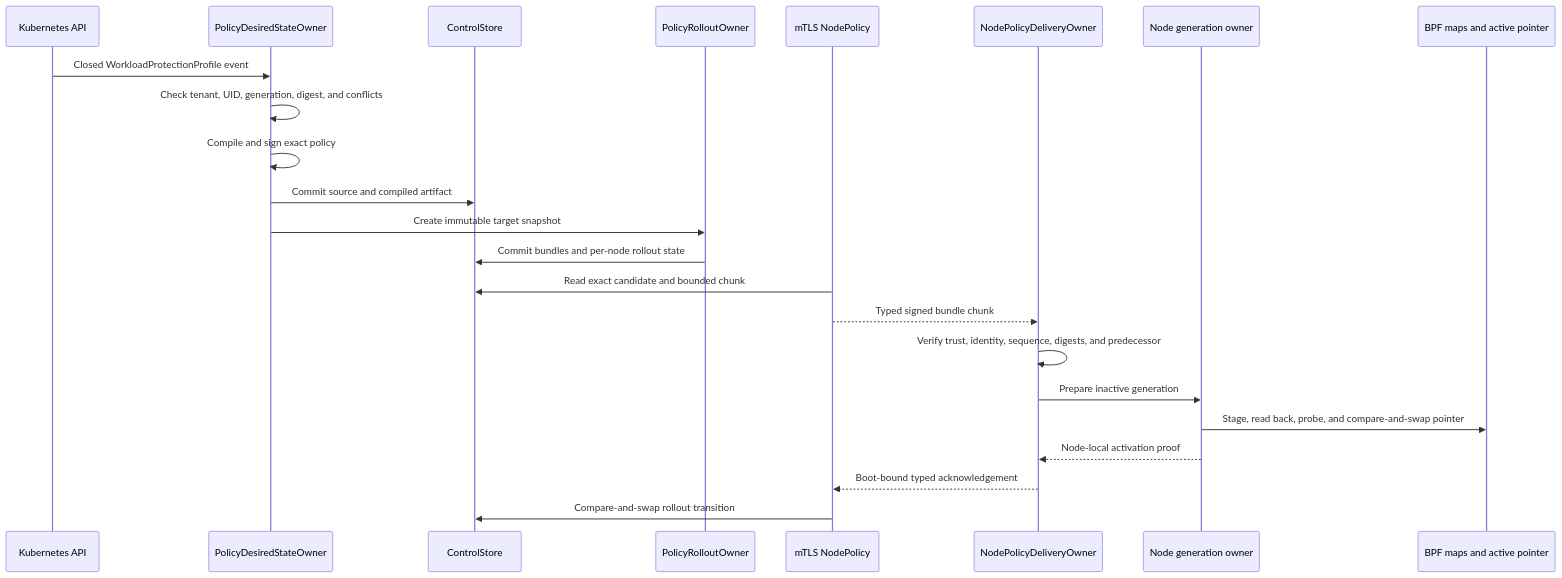
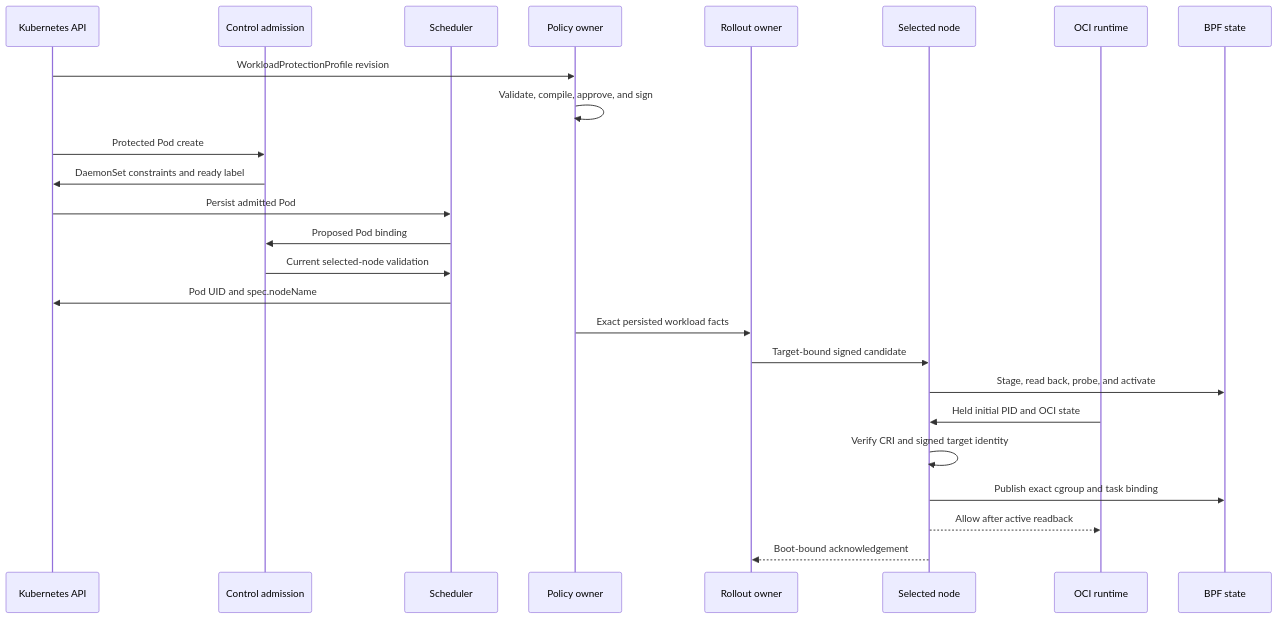
The first of 2 diagrams in docs/plans/mithril-hugging-face-intrusion-prevention/phase-6-2-implementation-review.md (Ereborlabs/erebor-runtime), drawn with Mermaid before and after one commit. The commit also changed other lines of this file and 3 other files, not shown here.

````diff
--- a/docs/plans/mithril-hugging-face-intrusion-prevention/phase-6-2-implementation-review.md
+++ b/docs/plans/mithril-hugging-face-intrusion-prevention/phase-6-2-implementation-review.md
@@ -70,25 +93,27 @@
 ```mermaid
 sequenceDiagram
     participant API as Kubernetes API
-    participant Desired as PolicyDesiredStateOwner
-    participant Store as ControlStore
-    participant Rollout as PolicyRolloutOwner
-    participant RPC as mTLS NodePolicy
-    participant Delivery as NodePolicyDeliveryOwner
-    participant Activation as Node generation owner
-    participant Kernel as BPF maps and active pointer
-    API->>Desired: Closed WorkloadProtectionProfile event
-    Desired->>Desired: Check tenant, UID, generation, digest, and conflicts
-    Desired->>Desired: Compile and sign exact policy
-    Desired->>Store: Commit source and compiled artifact
-    Desired->>Rollout: Create immutable target snapshot
-    Rollout->>Store: Commit bundles and per-node rollout state
-    RPC->>Store: Read exact candidate and bounded chunk
-    RPC-->>Delivery: Typed signed bundle chunk
-    Delivery->>Delivery: Verify trust, identity, sequence, digests, and predecessor
-    Delivery->>Activation: Prepare inactive generation
-    Activation->>Kernel: Stage, read back, probe, and compare-and-swap pointer
-    Activation-->>Delivery: Node-local activation proof
-    Delivery-->>RPC: Boot-bound typed acknowledgement
-    RPC->>Store: Compare-and-swap rollout transition
+    participant Admission as Control admission
+    participant Scheduler as Scheduler
+    participant Desired as Policy owner
+    participant Rollout as Rollout owner
+    participant Node as Selected node
+    participant Runtime as OCI runtime
+    participant Kernel as BPF state
+    API->>Desired: WorkloadProtectionProfile revision
+    Desired->>Desired: Validate, compile, approve, and sign
+    API->>Admission: Protected Pod create
+    Admission->>API: DaemonSet constraints and ready label
+    API->>Scheduler: Persist admitted Pod
+    Scheduler->>Admission: Proposed Pod binding
+    Admission->>Scheduler: Current selected-node validation
+    Scheduler->>API: Pod UID and spec.nodeName
+    Desired->>Rollout: Exact persisted workload facts
+    Rollout->>Node: Target-bound signed candidate
+    Node->>Kernel: Stage, read back, probe, and activate
+    Runtime->>Node: Held initial PID and OCI state
+    Node->>Node: Verify CRI and signed target identity
+    Node->>Kernel: Publish exact cgroup and task binding
+    Node-->>Runtime: Allow after active readback
+    Node-->>Rollout: Boot-bound acknowledgement
 ```
````
